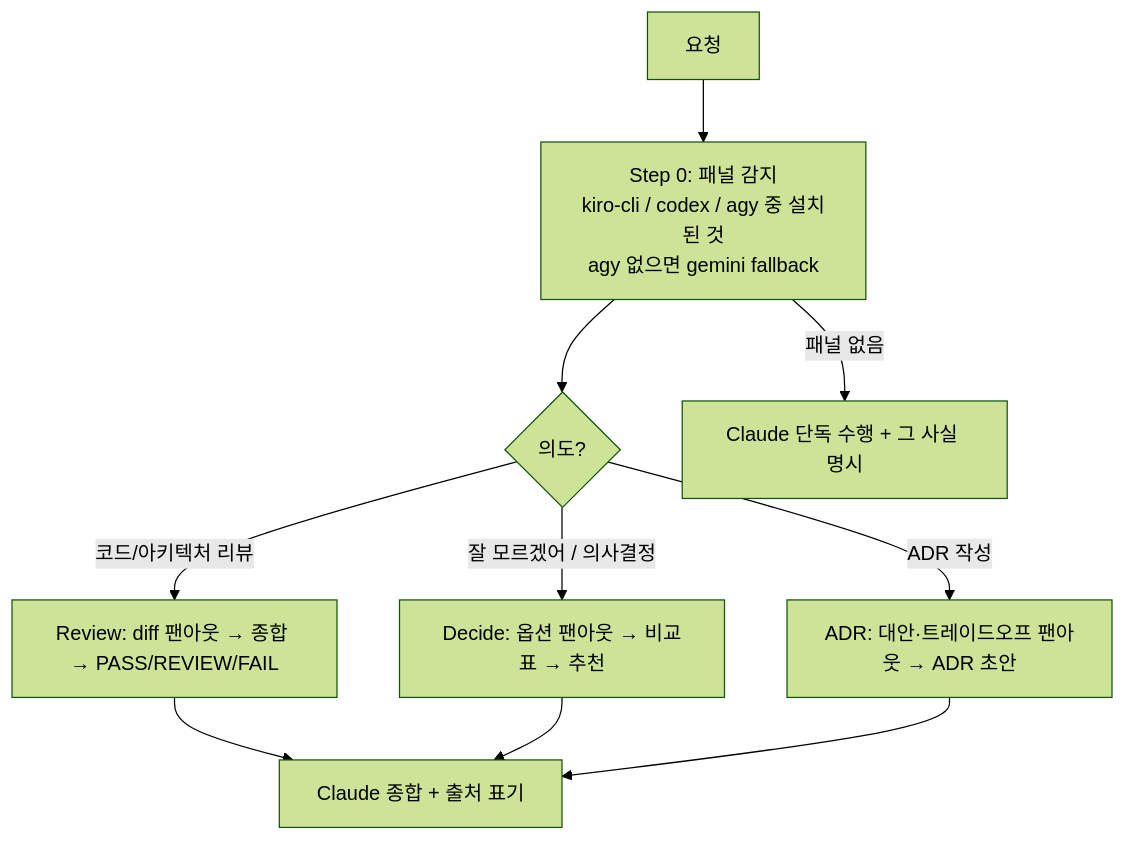
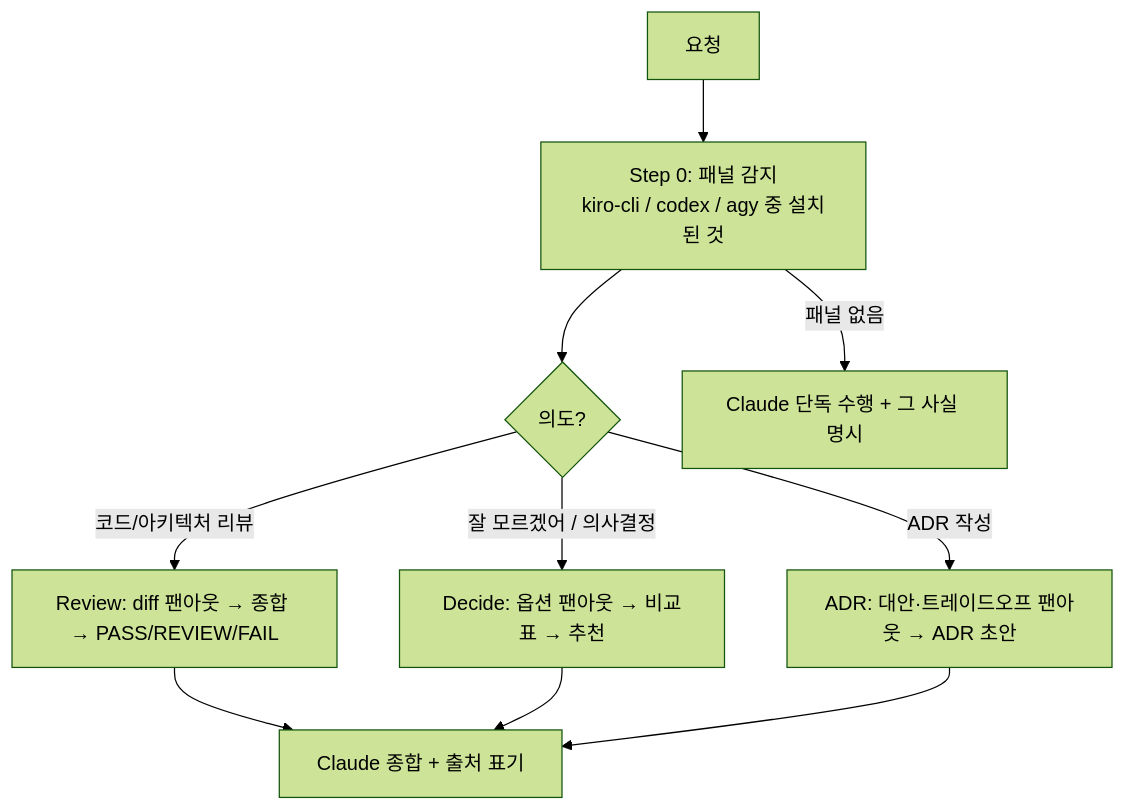
The diagram in plugins/co-agent/agents/co-agent.md (Atom-oh/oh-my-cloud-skills), drawn with Mermaid (forest theme) before and after one commit. The commit also changed other lines of this file and 37 other files, not shown here.

Commit message:
feat(co-agent): hybrid review gate + parallel implement waves, drop gemini (agy only) (#101)

````diff
--- a/plugins/co-agent/agents/co-agent.md
+++ b/plugins/co-agent/agents/co-agent.md
@@ -36,12 +36,12 @@
 ```mermaid
 graph TD
-    A[요청] --> P[Step 0: 패널 감지<br/>kiro-cli / codex / agy 중 설치된 것<br/>agy 없으면 gemini fallback]
+    A[요청] --> P[Step 0: 패널 감지<br/>kiro-cli / codex / agy 중 설치된 것]
     P --> B{의도?}
     B -->|코드/아키텍처 리뷰| R[Review: diff 팬아웃 → 종합 → PASS/REVIEW/FAIL]
     B -->|"잘 모르겠어" / 의사결정| D[Decide: 옵션 팬아웃 → 비교표 → 추천]
     B -->|ADR 작성| ADR[ADR: 대안·트레이드오프 팬아웃 → ADR 초안]
     R --> S[Claude 종합 + 출처 표기]
     D --> S
     ADR --> S
     P -->|패널 없음| SOLO[Claude 단독 수행 + 그 사실 명시]
 ```
````
